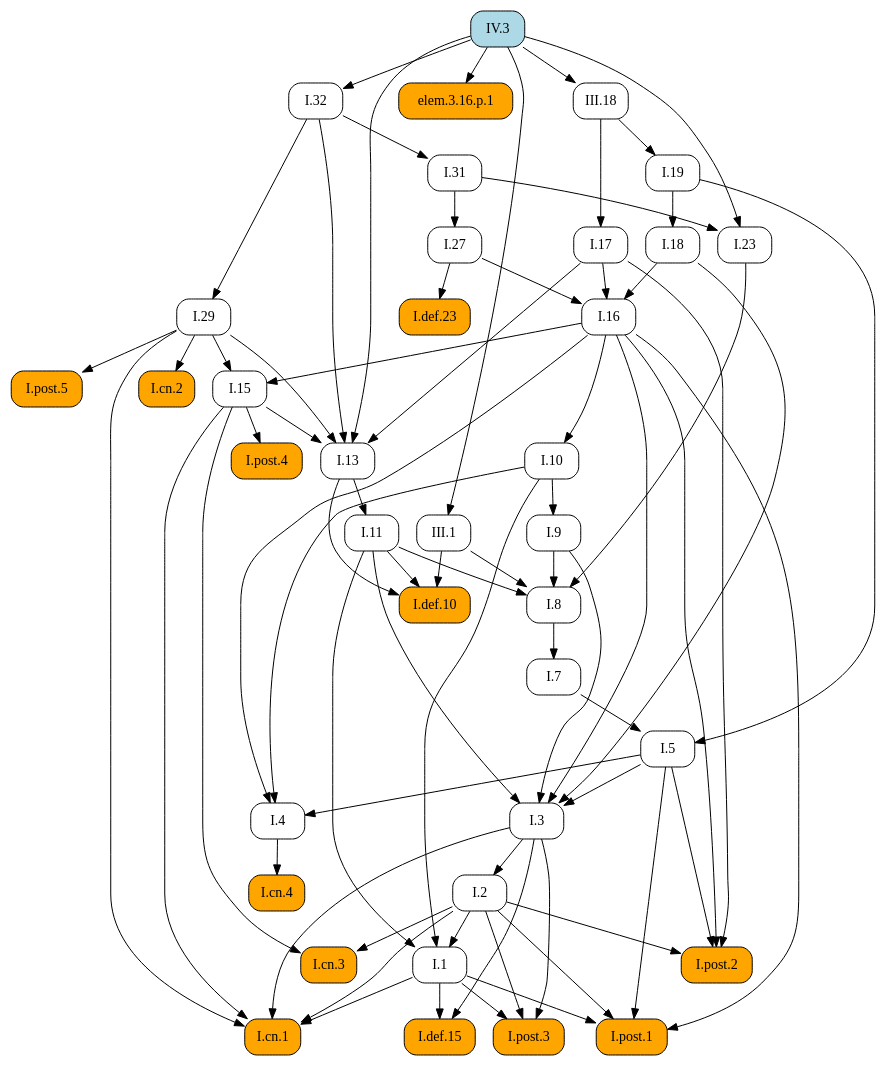
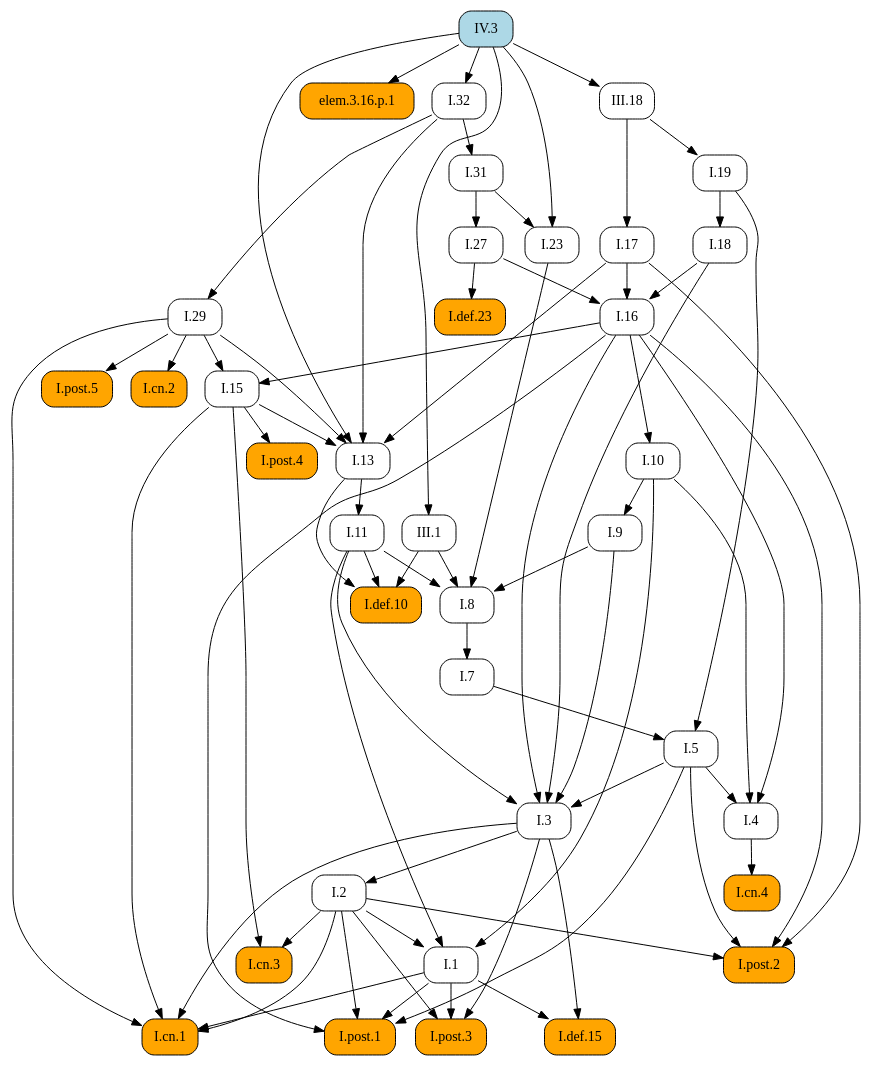
Before and after one commit to geometor/elements: the diagram in docsrc/elements2/IV/3/index.rst, drawn with Graphviz. The commit also changed other lines of this file and 171 other files, not shown here.

```diff
--- a/docsrc/elements2/IV/3/index.rst
+++ b/docsrc/elements2/IV/3/index.rst
@@ -65,113 +65,113 @@
    digraph {
      rankdir="TB";
      node [shape=box, style=rounded];
+     "I.8" [URL="/elements2/I/8/", target="_top"];
+     "I.32" [URL="/elements2/I/32/", target="_top"];
+     "I.post.1" [style="rounded,filled", fillcolor=orange, URL="/elements2/I/post.1/", target="_top"];
+     "I.5" [URL="/elements2/I/5/", target="_top"];
+     "I.post.5" [style="rounded,filled", fillcolor=orange, URL="/elements2/I/post.5/", target="_top"];
      "I.def.10" [style="rounded,filled", fillcolor=orange, URL="/elements2/I/def.10/", target="_top"];
-     "I.32" [URL="/elements2/I/32/", target="_top"];
+     "I.cn.2" [style="rounded,filled", fillcolor=orange, URL="/elements2/I/cn.2/", target="_top"];
+     "elem.3.16.p.1" [style="rounded,filled", fillcolor=orange];
      "I.def.15" [style="rounded,filled", fillcolor=orange, URL="/elements2/I/def.15/", target="_top"];
+     "I.31" [URL="/elements2/I/31/", target="_top"];
+     "I.11" [URL="/elements2/I/11/", target="_top"];
+     "I.3" [URL="/elements2/I/3/", target="_top"];
+     "I.post.2" [style="rounded,filled", fillcolor=orange, URL="/elements2/I/post.2/", target="_top"];
+     "I.def.23" [style="rounded,filled", fillcolor=orange, URL="/elements2/I/def.23/", target="_top"];
+     "I.19" [URL="/elements2/I/19/", target="_top"];
+     "I.1" [URL="/elements2/I/1/", target="_top"];
+     "I.cn.3" [style="rounded,filled", fillcolor=orange, URL="/elements2/I/cn.3/", target="_top"];
      "I.cn.4" [style="rounded,filled", fillcolor=orange, URL="/elements2/I/cn.4/", target="_top"];
+     "I.7" [URL="/elements2/I/7/", target="_top"];
+     "I.17" [URL="/elements2/I/17/", target="_top"];
+     "I.9" [URL="/elements2/I/9/", target="_top"];
+     "I.cn.1" [style="rounded,filled", fillcolor=orange, URL="/elements2/I/cn.1/", target="_top"];
+     "I.29" [URL="/elements2/I/29/", target="_top"];
+     "I.16" [URL="/elements2/I/16/", target="_top"];
+     "I.18" [URL="/elements2/I/18/", target="_top"];
+     "I.13" [URL="/elements2/I/13/", target="_top"];
+     "I.post.4" [style="rounded,filled", fillcolor=orange, URL="/elements2/I/post.4/", target="_top"];
+     "I.2" [URL="/elements2/I/2/", target="_top"];
+     "I.27" [URL="/elements2/I/27/", target="_top"];
+     "III.18" [URL="/elements2/III/18/", target="_top"];
+     "I.4" [URL="/elements2/I/4/", target="_top"];
+     "III.1" [URL="/elements2/III/1/", target="_top"];
+     "I.10" [URL="/elements2/I/10/", target="_top"];
+     "I.15" [URL="/elements2/I/15/", target="_top"];
+     "I.23" [URL="/elements2/I/23/", target="_top"];
+     "IV.3" [style="rounded,filled", fillcolor=lightblue, URL="/elements2/IV/3/", target="_top"];
      "I.post.3" [style="rounded,filled", fillcolor=orange, URL="/elements2/I/post.3/", target="_top"];
-     "I.27" [URL="/elements2/I/27/", target="_top"];
-     "I.post.2" [style="rounded,filled", fillcolor=orange, URL="/elements2/I/post.2/", target="_top"];
-     "I.13" [URL="/elements2/I/13/", target="_top"];
-     "I.10" [URL="/elements2/I/10/", target="_top"];
-     "I.post.1" [style="rounded,filled", fillcolor=orange, URL="/elements2/I/post.1/", target="_top"];
-     "I.7" [URL="/elements2/I/7/", target="_top"];
-     "I.11" [URL="/elements2/I/11/", target="_top"];
-     "I.4" [URL="/elements2/I/4/", target="_top"];
-     "elem.3.16.p.1" [style="rounded,filled", fillcolor=orange];
-     "I.16" [URL="/elements2/I/16/", target="_top"];
-     "I.def.23" [style="rounded,filled", fillcolor=orange, URL="/elements2/I/def.23/", target="_top"];
-     "I.9" [URL="/elements2/I/9/", target="_top"];
-     "I.18" [URL="/elements2/I/18/", target="_top"];
-     "I.8" [URL="/elements2/I/8/", target="_top"];
-     "III.18" [URL="/elements2/III/18/", target="_top"];
-     "I.23" [URL="/elements2/I/23/", target="_top"];
-     "I.15" [URL="/elements2/I/15/", target="_top"];
-     "I.cn.2" [style="rounded,filled", fillcolor=orange, URL="/elements2/I/cn.2/", target="_top"];
-     "I.post.5" [style="rounded,filled", fillcolor=orange, URL="/elements2/I/post.5/", target="_top"];
-     "I.2" [URL="/elements2/I/2/", target="_top"];
-     "III.1" [URL="/elements2/III/1/", target="_top"];
-     "I.1" [URL="/elements2/I/1/", target="_top"];
-     "I.31" [URL="/elements2/I/31/", target="_top"];
-     "I.post.4" [style="rounded,filled", fillcolor=orange, URL="/elements2/I/post.4/", target="_top"];
-     "I.cn.1" [style="rounded,filled", fillcolor=orange, URL="/elements2/I/cn.1/", target="_top"];
-     "I.3" [URL="/elements2/I/3/", target="_top"];
-     "I.cn.3" [style="rounded,filled", fillcolor=orange, URL="/elements2/I/cn.3/", target="_top"];
-     "IV.3" [style="rounded,filled", fillcolor=lightblue, URL="/elements2/IV/3/", target="_top"];
-     "I.17" [URL="/elements2/I/17/", target="_top"];
-     "I.29" [URL="/elements2/I/29/", target="_top"];
-     "I.19" [URL="/elements2/I/19/", target="_top"];
-     "I.5" [URL="/elements2/I/5/", target="_top"];
+     "I.9" -> "I.8";
+     "I.11" -> "I.8";
+     "I.23" -> "I.8";
+     "III.1" -> "I.8";
+     "IV.3" -> "I.32";
+     "I.1" -> "I.post.1";
+     "I.2" -> "I.post.1";
+     "I.5" -> "I.post.1";
+     "I.16" -> "I.post.1";
+     "I.7" -> "I.5";
+     "I.19" -> "I.5";
+     "I.29" -> "I.post.5";
      "I.11" -> "I.def.10";
      "I.13" -> "I.def.10";
      "III.1" -> "I.def.10";
-     "IV.3" -> "I.32";
+     "I.29" -> "I.cn.2";
+     "IV.3" -> "elem.3.16.p.1";
      "I.1" -> "I.def.15";
      "I.3" -> "I.def.15";
-     "I.4" -> "I.cn.4";
-     "I.1" -> "I.post.3";
-     "I.2" -> "I.post.3";
-     "I.3" -> "I.post.3";
-     "I.31" -> "I.27";
+     "I.32" -> "I.31";
+     "I.13" -> "I.11";
+     "I.5" -> "I.3";
+     "I.9" -> "I.3";
+     "I.11" -> "I.3";
+     "I.16" -> "I.3";
+     "I.18" -> "I.3";
      "I.2" -> "I.post.2";
      "I.5" -> "I.post.2";
      "I.16" -> "I.post.2";
      "I.17" -> "I.post.2";
+     "I.27" -> "I.def.23";
+     "III.18" -> "I.19";
+     "I.2" -> "I.1";
+     "I.10" -> "I.1";
+     "I.11" -> "I.1";
+     "I.2" -> "I.cn.3";
+     "I.15" -> "I.cn.3";
+     "I.4" -> "I.cn.4";
+     "I.8" -> "I.7";
+     "III.18" -> "I.17";
+     "I.10" -> "I.9";
+     "I.1" -> "I.cn.1";
+     "I.2" -> "I.cn.1";
+     "I.3" -> "I.cn.1";
+     "I.15" -> "I.cn.1";
+     "I.29" -> "I.cn.1";
+     "I.32" -> "I.29";
+     "I.17" -> "I.16";
+     "I.18" -> "I.16";
+     "I.27" -> "I.16";
+     "I.19" -> "I.18";
      "I.15" -> "I.13";
      "I.17" -> "I.13";
      "I.29" -> "I.13";
      "I.32" -> "I.13";
      "IV.3" -> "I.13";
-     "I.16" -> "I.10";
-     "I.1" -> "I.post.1";
-     "I.2" -> "I.post.1";
-     "I.5" -> "I.post.1";
-     "I.16" -> "I.post.1";
-     "I.8" -> "I.7";
-     "I.13" -> "I.11";
+     "I.15" -> "I.post.4";
+     "I.3" -> "I.2";
+     "I.31" -> "I.27";
+     "IV.3" -> "III.18";
      "I.5" -> "I.4";
      "I.10" -> "I.4";
      "I.16" -> "I.4";
-     "IV.3" -> "elem.3.16.p.1";
-     "I.17" -> "I.16";
-     "I.18" -> "I.16";
-     "I.27" -> "I.16";
-     "I.27" -> "I.def.23";
-     "I.10" -> "I.9";
-     "I.19" -> "I.18";
-     "I.9" -> "I.8";
-     "I.11" -> "I.8";
-     "I.23" -> "I.8";
-     "III.1" -> "I.8";
-     "IV.3" -> "III.18";
+     "IV.3" -> "III.1";
+     "I.16" -> "I.10";
+     "I.16" -> "I.15";
+     "I.29" -> "I.15";
      "I.31" -> "I.23";
      "IV.3" -> "I.23";
-     "I.16" -> "I.15";
-     "I.29" -> "I.15";
-     "I.29" -> "I.cn.2";
-     "I.29" -> "I.post.5";
-     "I.3" -> "I.2";
-     "IV.3" -> "III.1";
-     "I.2" -> "I.1";
-     "I.10" -> "I.1";
-     "I.11" -> "I.1";
-     "I.32" -> "I.31";
-     "I.15" -> "I.post.4";
-     "I.1" -> "I.cn.1";
-     "I.2" -> "I.cn.1";
-     "I.3" -> "I.cn.1";
-     "I.15" -> "I.cn.1";
-     "I.29" -> "I.cn.1";
-     "I.5" -> "I.3";
-     "I.9" -> "I.3";
-     "I.11" -> "I.3";
-     "I.16" -> "I.3";
-     "I.18" -> "I.3";
-     "I.2" -> "I.cn.3";
-     "I.15" -> "I.cn.3";
-     "III.18" -> "I.17";
-     "I.32" -> "I.29";
-     "III.18" -> "I.19";
-     "I.7" -> "I.5";
-     "I.19" -> "I.5";
+     "I.1" -> "I.post.3";
+     "I.2" -> "I.post.3";
+     "I.3" -> "I.post.3";
    }
```
